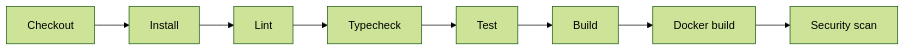
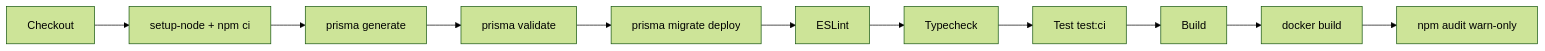
Before and after one commit to meleudas/finance-tracker: the diagram in docs/13-ci-cd.md, drawn with Mermaid (forest theme). The commit also changed other lines of this file and 17 other files, not shown here.

Commit message:
docs: sync architecture, setup, and ci documentation with current stack

````diff
--- a/docs/13-ci-cd.md
+++ b/docs/13-ci-cd.md
@@ -13,10 +17,13 @@
 ```mermaid
 flowchart LR
-  A[Checkout] --> B[Install]
-  B --> C[Lint]
-  C --> D[Typecheck]
-  D --> E[Test]
-  E --> F[Build]
-  F --> G[Docker build]
-  G --> H[Security scan]
+  A[Checkout] --> B[setup-node + npm ci]
+  B --> C[prisma generate]
+  C --> D[prisma validate]
+  D --> E[prisma migrate deploy]
+  E --> F[ESLint]
+  F --> G[Typecheck]
+  G --> H[Test test:ci]
+  H --> I[Build]
+  I --> J[docker build]
+  J --> K["npm audit warn-only"]
 ```
````
